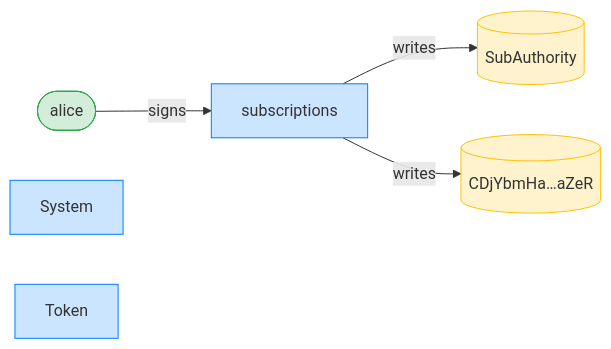
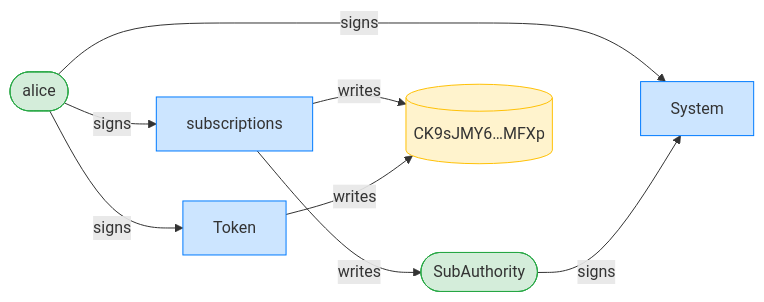
The third of 12 diagrams in dsl_tests/subscribe-with-a-sponsor.md (cds-rs/subscriptions), drawn with Mermaid before and after one commit. The commit also changed other lines of this file and 224 other files, not shown here.

````diff
--- a/dsl_tests/subscribe-with-a-sponsor.md
+++ b/dsl_tests/subscribe-with-a-sponsor.md
@@ -55,15 +56,19 @@
 ```mermaid
 flowchart LR
     classDef signer fill:#d4edda,stroke:#28a745;
     classDef program fill:#cce5ff,stroke:#007bff;
     classDef writable fill:#fff3cd,stroke:#ffc107;
     subscriptions[subscriptions]:::program
     alice([alice]):::signer
-    SubAuthority[(SubAuthority)]:::writable
-    CDjYbmHa_aZeR[("CDjYbmHa…aZeR")]:::writable
+    SubAuthority([SubAuthority]):::signer
+    CK9sJMY6_MFXp[("CK9sJMY6…MFXp")]:::writable
     System[System]:::program
     Token[Token]:::program
     alice -->|signs| subscriptions
+    alice -->|signs| System
+    SubAuthority -->|signs| System
+    alice -->|signs| Token
     subscriptions -->|writes| SubAuthority
-    subscriptions -->|writes| CDjYbmHa_aZeR
+    subscriptions -->|writes| CK9sJMY6_MFXp
+    Token -->|writes| CK9sJMY6_MFXp
 ```
````
